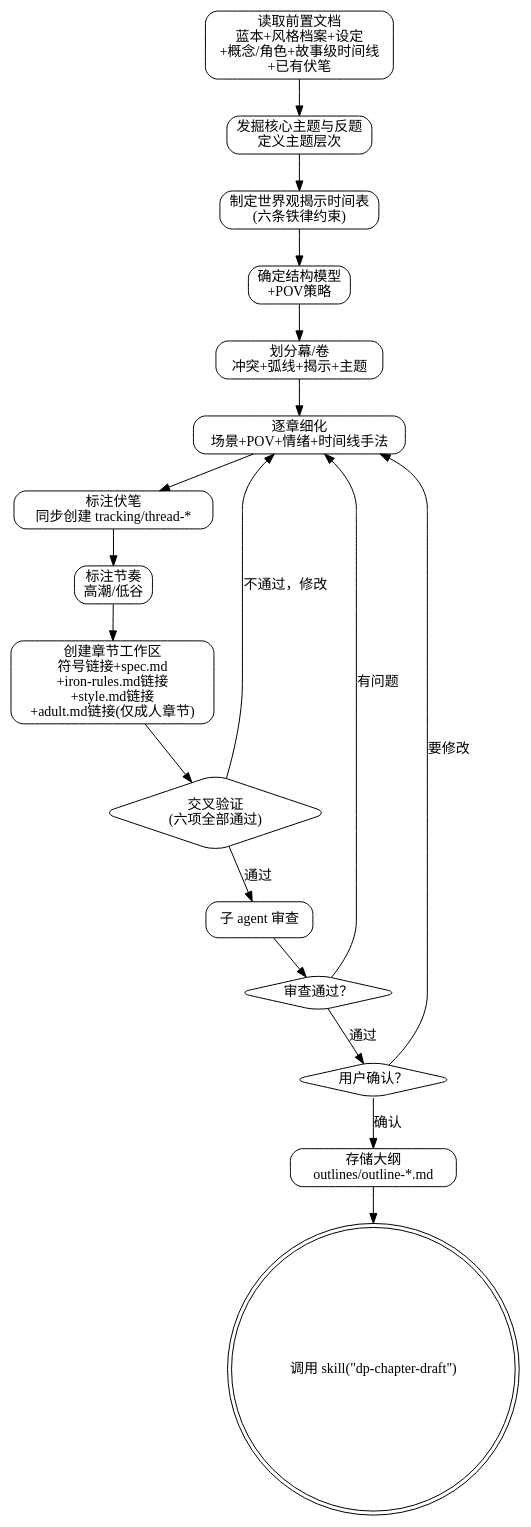
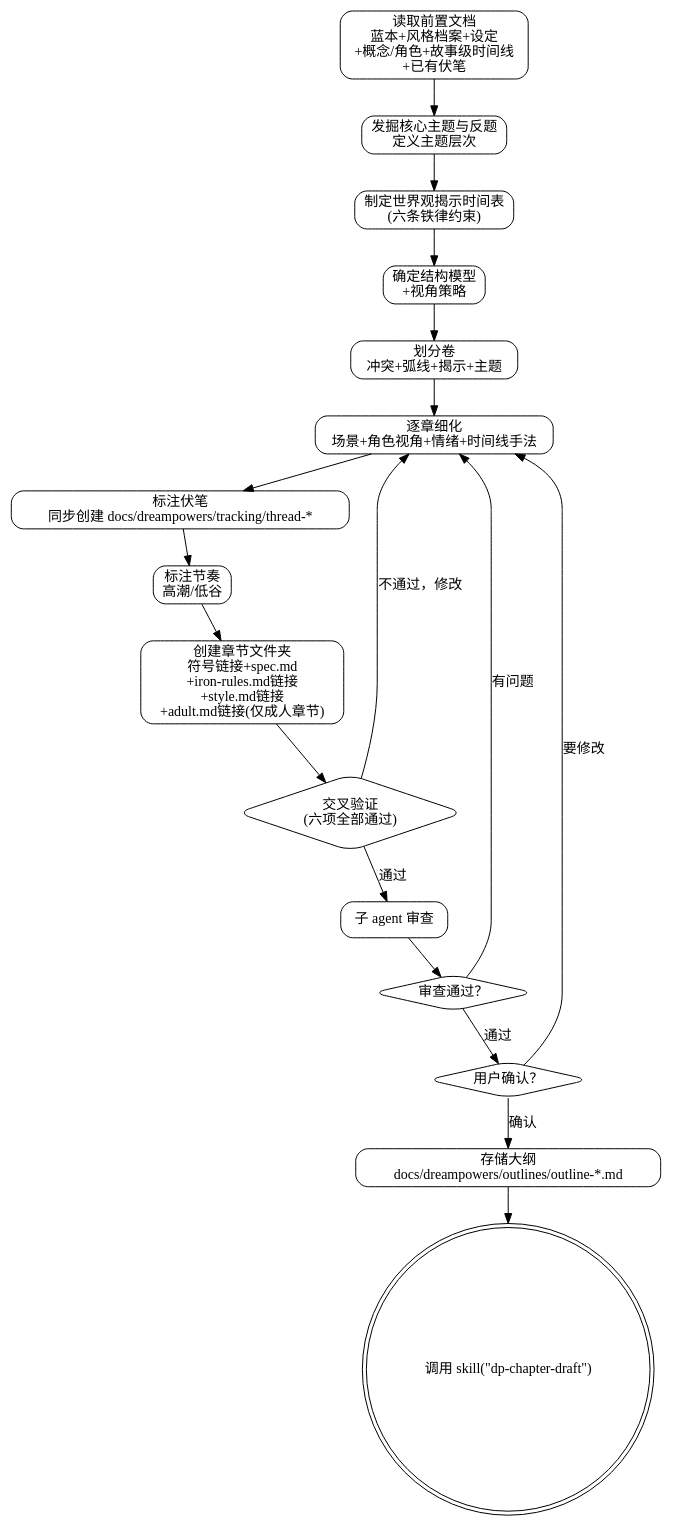
Before and after one commit to skyfiredao/dreampowers: the diagram in skills/dp-set-outline/SKILL.md, drawn with Graphviz. The commit also changed other lines of this file and 16 other files, not shown here.

````diff
--- a/skills/dp-set-outline/SKILL.md
+++ b/skills/dp-set-outline/SKILL.md
@@ -850,40 +856,40 @@
 ```dot
 digraph set_outline {
     rankdir=TB;
     node [shape=box, style=rounded];
 
     read [label="读取前置文档\n蓝本+风格档案+设定\n+概念/角色+故事级时间线\n+已有伏笔"];
     theme [label="发掘核心主题与反题\n定义主题层次"];
     reveal [label="制定世界观揭示时间表\n(六条铁律约束)"];
-    model [label="确定结构模型\n+POV策略"];
-    acts [label="划分幕/卷\n冲突+弧线+揭示+主题"];
-    chapters [label="逐章细化\n场景+POV+情绪+时间线手法"];
-    foreshadow [label="标注伏笔\n同步创建 tracking/thread-*"];
+    model [label="确定结构模型\n+视角策略"];
+    acts [label="划分卷\n冲突+弧线+揭示+主题"];
+    chapters [label="逐章细化\n场景+角色视角+情绪+时间线手法"];
+    foreshadow [label="标注伏笔\n同步创建 docs/dreampowers/tracking/thread-*"];
     rhythm [label="标注节奏\n高潮/低谷"];
-    workspace [label="创建章节工作区\n符号链接+spec.md\n+iron-rules.md链接\n+style.md链接\n+adult.md链接(仅成人章节)"];
+    workspace [label="创建章节文件夹\n符号链接+spec.md\n+iron-rules.md链接\n+style.md链接\n+adult.md链接(仅成人章节)"];
     validate [label="交叉验证\n(六项全部通过)" shape=diamond];
     review [label="子 agent 审查"];
     review_pass [label="审查通过？" shape=diamond];
     user_confirm [label="用户确认？" shape=diamond];
-    save [label="存储大纲\noutlines/outline-*.md"];
+    save [label="存储大纲\ndocs/dreampowers/outlines/outline-*.md"];
     transition [label="调用 skill(\"dp-chapter-draft\")" shape=doublecircle];
 
     read -> theme;
     theme -> reveal;
     reveal -> model;
     model -> acts;
     acts -> chapters;
     chapters -> foreshadow;
     foreshadow -> rhythm;
     rhythm -> workspace;
     workspace -> validate;
     validate -> chapters [label="不通过，修改"];
     validate -> review [label="通过"];
     review -> review_pass;
     review_pass -> chapters [label="有问题"];
     review_pass -> user_confirm [label="通过"];
     user_confirm -> chapters [label="要修改"];
     user_confirm -> save [label="确认"];
     save -> transition;
 }
 ```
````
